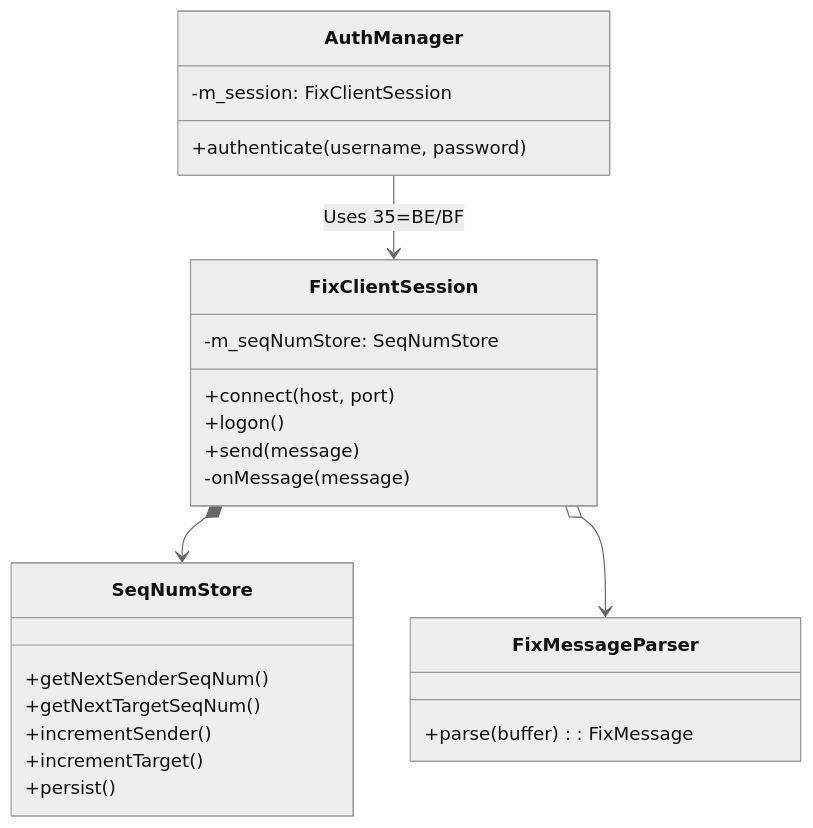
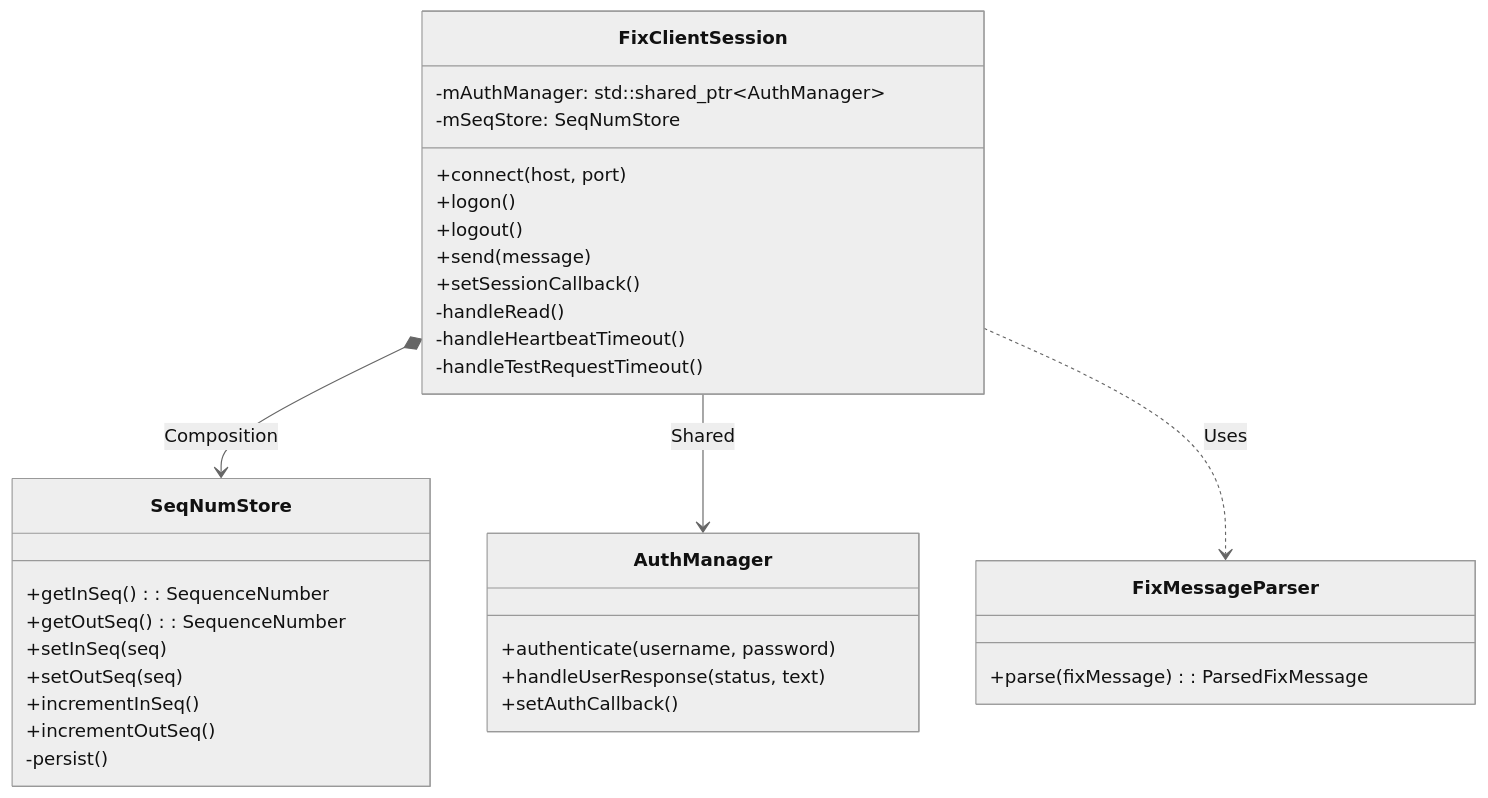
The diagram in client/client_fix/README.md (SujalChoudhari/BetaTrader), drawn with Mermaid (neutral theme) before and after one commit. The commit also changed other lines of this file and 10 other files, not shown here.

First line of the commit message:
test(client_fix): expand unit test coverage to 100%

````diff
--- a/client/client_fix/README.md
+++ b/client/client_fix/README.md
@@ -7,27 +7,39 @@
 ```mermaid
 classDiagram
     class FixClientSession {
         +connect(host, port)
         +logon()
+        +logout()
         +send(message)
-        -onMessage(message)
-        -m_seqNumStore: SeqNumStore
+        +setSessionCallback()
+        -handleRead()
+        -handleHeartbeatTimeout()
+        -handleTestRequestTimeout()
+        -mAuthManager: std::shared_ptr~AuthManager~
+        -mSeqStore: SeqNumStore
     }
+    
     class SeqNumStore {
-        +getNextSenderSeqNum()
-        +getNextTargetSeqNum()
-        +incrementSender()
-        +incrementTarget()
-        +persist()
+        +getInSeq() : SequenceNumber
+        +getOutSeq() : SequenceNumber
+        +setInSeq(seq)
+        +setOutSeq(seq)
+        +incrementInSeq()
+        +incrementOutSeq()
+        -persist()
     }
+    
     class AuthManager {
         +authenticate(username, password)
-        -m_session: FixClientSession
+        +handleUserResponse(status, text)
+        +setAuthCallback()
     }
+    
     class FixMessageParser {
-        +parse(buffer): FixMessage
+        +parse(fixMessage) : ParsedFixMessage
     }
-    FixClientSession *--> SeqNumStore
-    FixClientSession o--> FixMessageParser
-    AuthManager --> FixClientSession : Uses 35=BE/BF
+    
+    FixClientSession *--> SeqNumStore : Composition
+    FixClientSession --> AuthManager : Shared
+    FixClientSession ..> FixMessageParser : Uses
 ```
````
